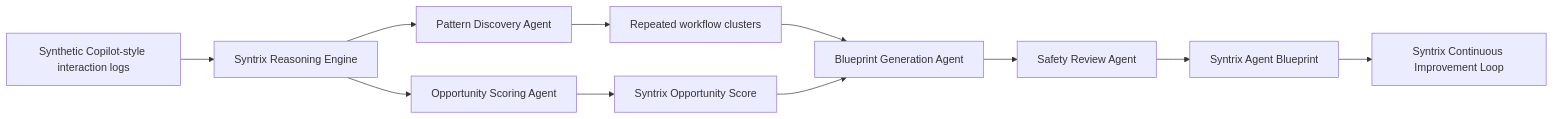
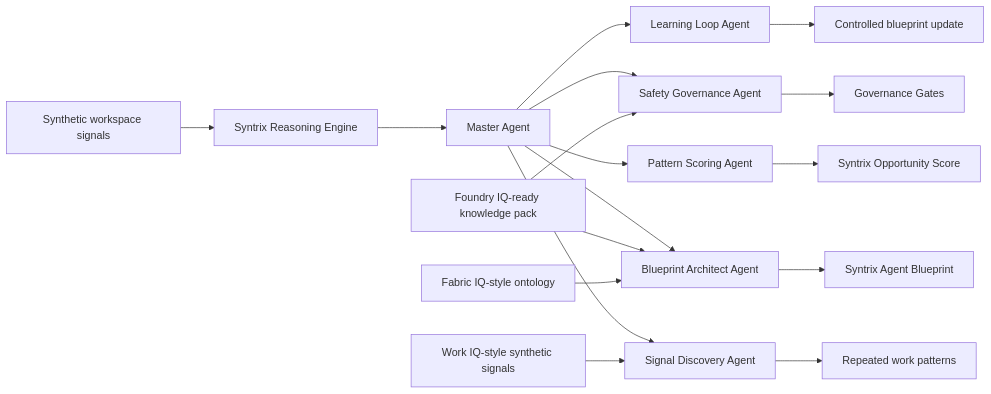
One commit to MDVS17/ReasoningAgent changed the diagram in diagrams/architecture.mmd. Above: the diagram before and after it, drawn with Mermaid. The commit also changed 7 other files, not shown here.

```diff
--- a/diagrams/architecture.mmd
+++ b/diagrams/architecture.mmd
@@ -1,11 +1,20 @@
 flowchart LR
-    A[Synthetic Copilot-style interaction logs] --> B[Syntrix Reasoning Engine]
-    B --> C[Pattern Discovery Agent]
-    B --> D[Opportunity Scoring Agent]
-    C --> E[Repeated workflow clusters]
-    D --> F[Syntrix Opportunity Score]
-    E --> G[Blueprint Generation Agent]
-    F --> G
-    G --> H[Safety Review Agent]
-    H --> I[Syntrix Agent Blueprint]
-    I --> J[Syntrix Continuous Improvement Loop]
+    A[Synthetic workspace signals] --> B[Syntrix Reasoning Engine]
+    B --> C[Master Agent]
+
+    C --> D[Signal Discovery Agent]
+    C --> E[Pattern Scoring Agent]
+    C --> F[Blueprint Architect Agent]
+    C --> G[Safety Governance Agent]
+    C --> H[Learning Loop Agent]
+
+    D --> I[Repeated work patterns]
+    E --> J[Syntrix Opportunity Score]
+    F --> K[Syntrix Agent Blueprint]
+    G --> L[Governance Gates]
+    H --> M[Controlled blueprint update]
+
+    N[Foundry IQ-ready knowledge pack] --> F
+    O[Fabric IQ-style ontology] --> F
+    P[Work IQ-style synthetic signals] --> D
+    N --> G
```
